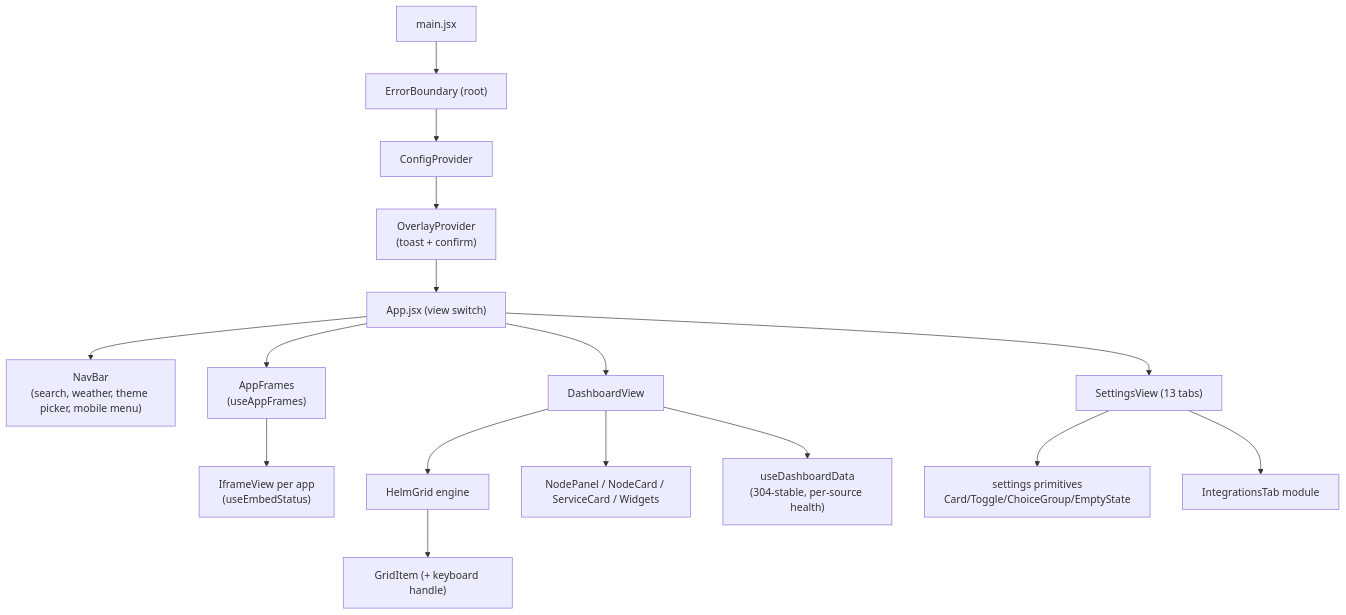
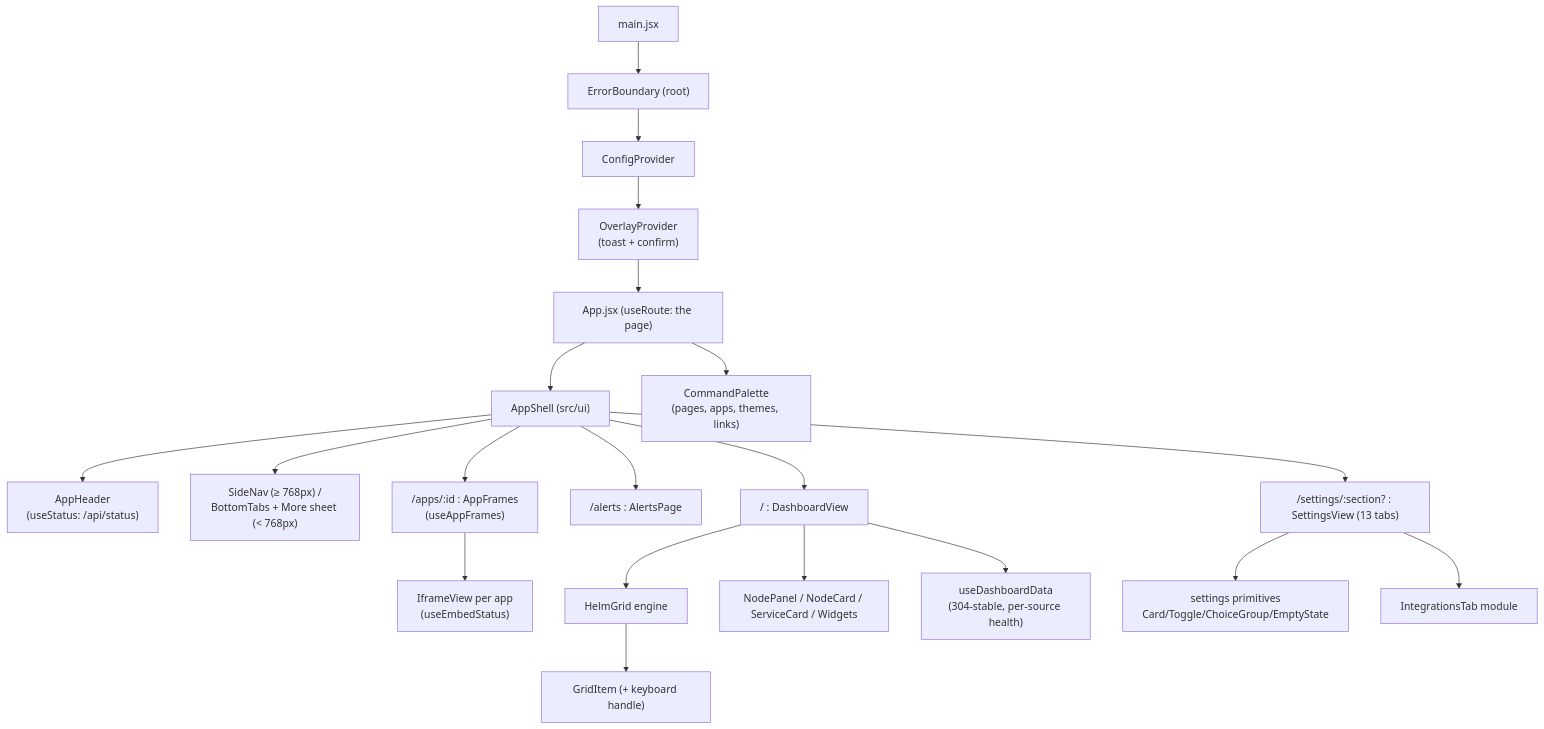
The fourth of 5 diagrams in docs/ARCHITECTURE.md (jagbhandal/jaghelm), drawn with Mermaid before and after one commit. The commit also changed other lines of this file and 102 other files, not shown here.

First line of the commit message:
feat(ui): the app shell: annunciator header, grouped sidebar, phone tabs, routes (#296)

````diff
--- a/docs/ARCHITECTURE.md
+++ b/docs/ARCHITECTURE.md
@@ -905,18 +920,22 @@
 ```mermaid
 flowchart TD
   MAIN["main.jsx"] --> EB["ErrorBoundary (root)"]
   EB --> CP["ConfigProvider"]
   CP --> OP["OverlayProvider<br/>(toast + confirm)"]
-  OP --> APP["App.jsx (view switch)"]
-  APP --> NAV["NavBar<br/>(search, weather, theme picker, mobile menu)"]
-  APP --> DV["DashboardView"]
-  APP --> SV["SettingsView (13 tabs)"]
-  APP --> AF["AppFrames<br/>(useAppFrames)"]
+  OP --> APP["App.jsx (useRoute: the page)"]
+  APP --> SH["AppShell (src/ui)"]
+  SH --> HD["AppHeader<br/>(useStatus: /api/status)"]
+  SH --> SN["SideNav (≥ 768px) /<br/>BottomTabs + More sheet (< 768px)"]
+  APP --> CPAL["CommandPalette<br/>(pages, apps, themes, links)"]
+  SH --> DV["/ : DashboardView"]
+  SH --> AP["/alerts : AlertsPage"]
+  SH --> SV["/settings/:section? : SettingsView (13 tabs)"]
+  SH --> AF["/apps/:id : AppFrames<br/>(useAppFrames)"]
   AF --> IV["IframeView per app<br/>(useEmbedStatus)"]
   DV --> HG["HelmGrid engine"]
   HG --> GI["GridItem (+ keyboard handle)"]
   DV --> NP["NodePanel / NodeCard / ServiceCard / Widgets"]
   DV --> UDD["useDashboardData<br/>(304-stable, per-source health)"]
   SV --> PRIM["settings primitives<br/>Card/Toggle/ChoiceGroup/EmptyState"]
   SV --> ITAB["IntegrationsTab module"]
 ```
````
